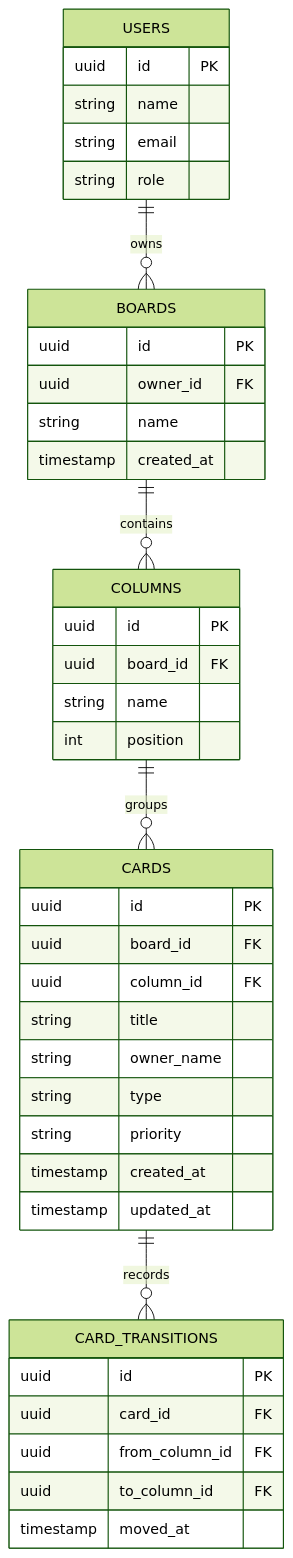
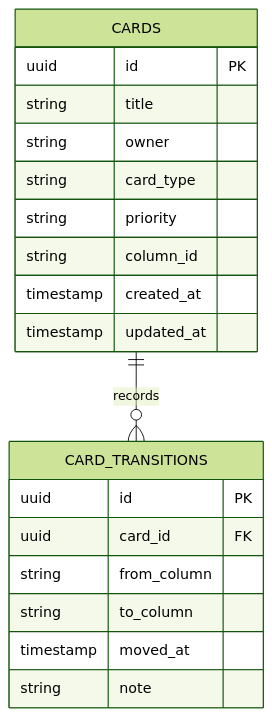
Before and after one commit to joaohprates/flow-metrics: the fourth of 4 diagrams in docs/arquitetura.md, drawn with Mermaid (forest theme). The commit also changed other lines of this file and 34 other files, not shown here.

Commit message:
feat: migrar flowmetrics para stack real

````diff
--- a/docs/arquitetura.md
+++ b/docs/arquitetura.md
@@ -57,48 +61,24 @@
 ```mermaid
 erDiagram
-    USERS ||--o{ BOARDS : owns
-    BOARDS ||--o{ COLUMNS : contains
-    COLUMNS ||--o{ CARDS : groups
     CARDS ||--o{ CARD_TRANSITIONS : records
-
-    USERS {
-        uuid id PK
-        string name
-        string email
-        string role
-    }
-
-    BOARDS {
-        uuid id PK
-        uuid owner_id FK
-        string name
-        timestamp created_at
-    }
-
-    COLUMNS {
-        uuid id PK
-        uuid board_id FK
-        string name
-        int position
-    }
 
     CARDS {
         uuid id PK
-        uuid board_id FK
-        uuid column_id FK
         string title
-        string owner_name
-        string type
+        string owner
+        string card_type
         string priority
+        string column_id
         timestamp created_at
         timestamp updated_at
     }
 
     CARD_TRANSITIONS {
         uuid id PK
         uuid card_id FK
-        uuid from_column_id FK
-        uuid to_column_id FK
+        string from_column
+        string to_column
         timestamp moved_at
+        string note
     }
 ```
````
